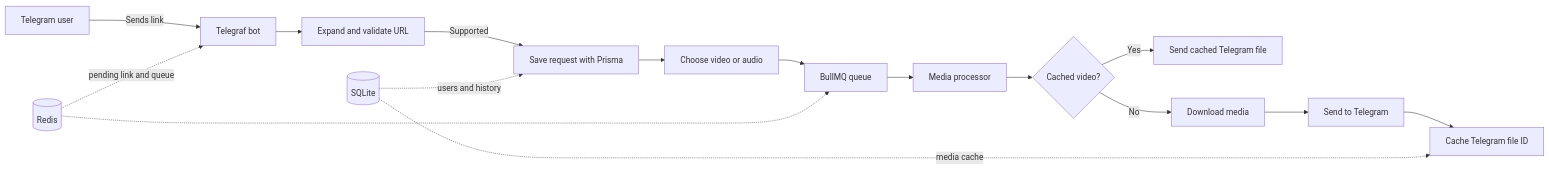
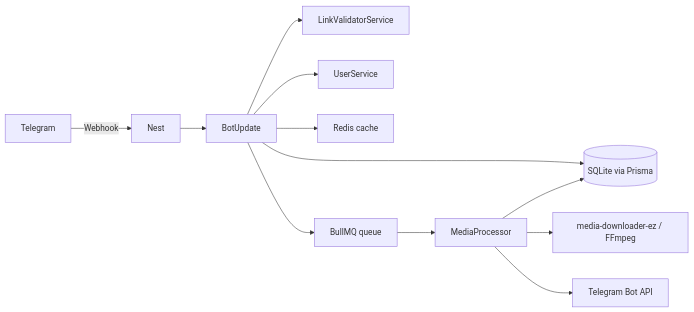
One commit to skywhycloud141/downloadtotg changed the diagram in README.MD. Above: the diagram before and after it, drawn with Mermaid. The commit also changed other lines of this file and 7 other files, not shown here.

````diff
--- a/README.MD
+++ b/README.MD
@@ -26,18 +18,14 @@
 ```mermaid
 flowchart LR
-    A[Telegram user] -->|Sends link| B[Telegraf bot]
-    B --> C[Expand and validate URL]
-    C -->|Supported| D[Save request with Prisma]
-    D --> E[Choose video or audio]
-    E --> F[BullMQ queue]
-    F --> G[Media processor]
-    G --> H{Cached video?}
-    H -->|Yes| I[Send cached Telegram file]
-    H -->|No| J[Download media]
-    J --> K[Send to Telegram]
-    K --> L[Cache Telegram file ID]
-    M[(Redis)] -. pending link and queue .-> B
-    M -.-> F
-    N[(SQLite)] -. users and history .-> D
-    N -. media cache .-> L
+    Telegram -->|Webhook| Nest
+    Nest --> Bot[BotUpdate]
+    Bot --> Validator[LinkValidatorService]
+    Bot --> User[UserService]
+    Bot --> DB[(SQLite via Prisma)]
+    Bot --> Cache[Redis cache]
+    Bot --> Queue[BullMQ queue]
+    Queue --> Processor[MediaProcessor]
+    Processor --> Downloader[media-downloader-ez / FFmpeg]
+    Processor --> TelegramAPI[Telegram Bot API]
+    Processor --> DB
 ```
````
